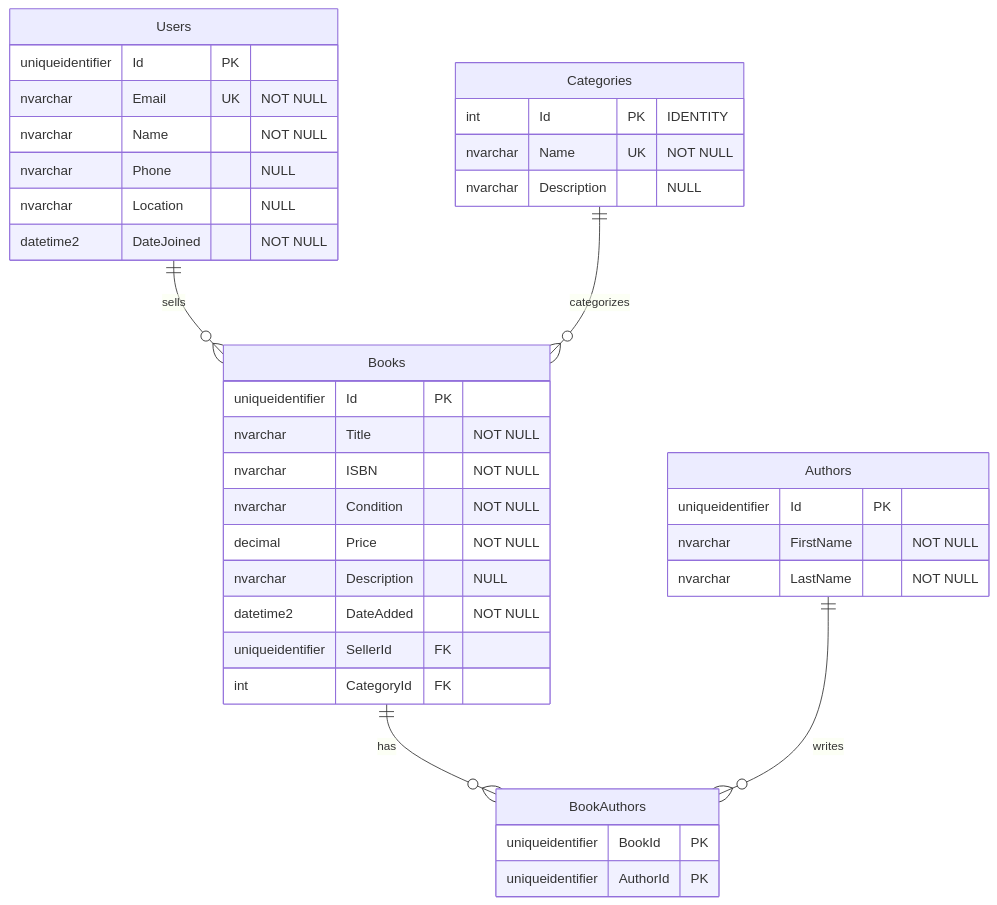
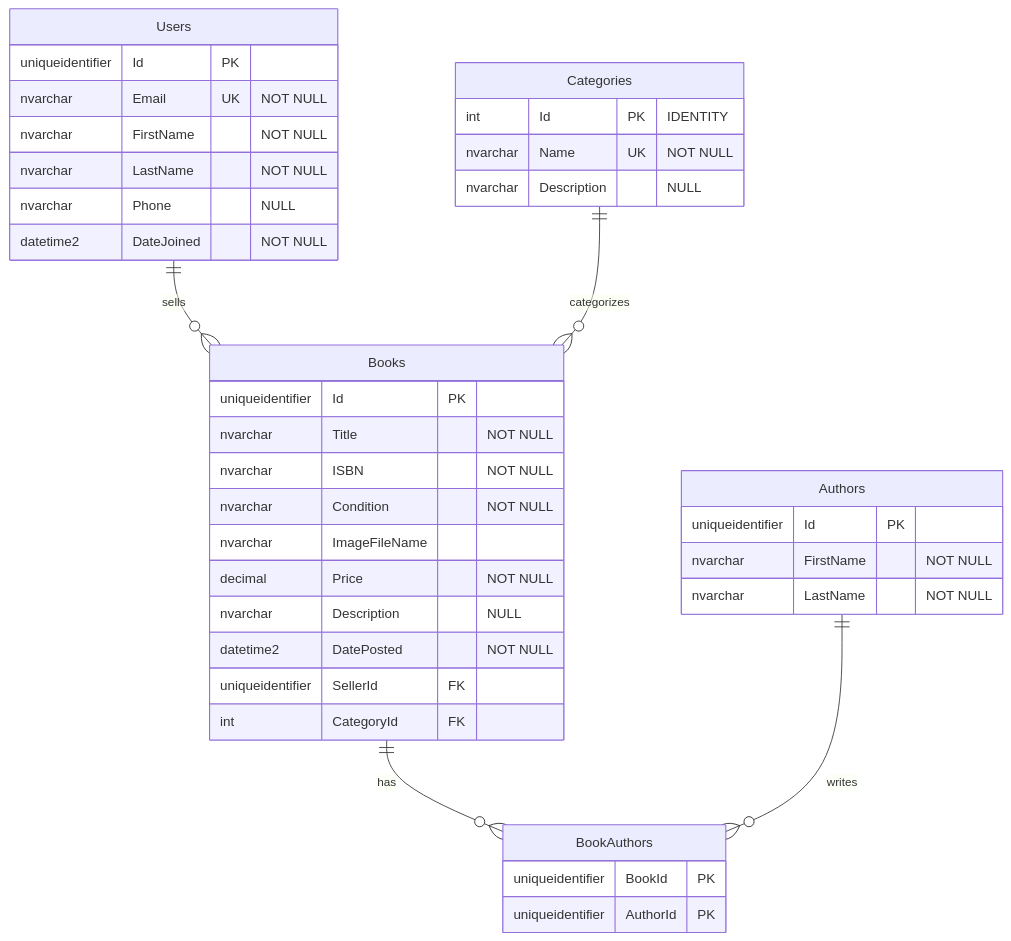
One commit to tareqateiklab/book-exchange-portal changed the diagram in docs/DatabaseSchema.md. Above: the diagram before and after it, drawn with Mermaid. The commit also changed other lines of this file and 19 other files, not shown here.

First line of the commit message:
Refactor User and Book Models: Split Name into First and Last Name, Add Condition to Book Entity

````diff
--- a/docs/DatabaseSchema.md
+++ b/docs/DatabaseSchema.md
@@ -13,45 +13,46 @@
 ```mermaid
 erDiagram
     Users {
         uniqueidentifier Id PK
         nvarchar Email UK "NOT NULL"
-        nvarchar Name "NOT NULL"
+        nvarchar FirstName "NOT NULL"
+        nvarchar LastName "NOT NULL"
         nvarchar Phone "NULL"
-        nvarchar Location "NULL"
         datetime2 DateJoined "NOT NULL"
     }
     
     Categories {
         int Id PK "IDENTITY"
         nvarchar Name UK "NOT NULL"
         nvarchar Description "NULL"
     }
     
     Books {
         uniqueidentifier Id PK
         nvarchar Title "NOT NULL"
         nvarchar ISBN "NOT NULL"
         nvarchar Condition "NOT NULL"
+        nvarchar ImageFileName 
         decimal Price "NOT NULL"
         nvarchar Description "NULL"
-        datetime2 DateAdded "NOT NULL"
+        datetime2 DatePosted "NOT NULL"
         uniqueidentifier SellerId FK
         int CategoryId FK
     }
     
     Authors {
         uniqueidentifier Id PK
         nvarchar FirstName "NOT NULL"
         nvarchar LastName "NOT NULL"
     }
     
     BookAuthors {
         uniqueidentifier BookId PK
         uniqueidentifier AuthorId PK
     }
     
     Users ||--o{ Books : "sells"
     Categories ||--o{ Books : "categorizes"
     Books ||--o{ BookAuthors : "has"
     Authors ||--o{ BookAuthors : "writes"
 ```
````
